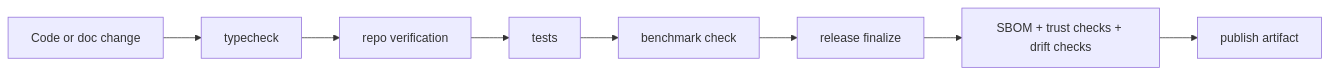
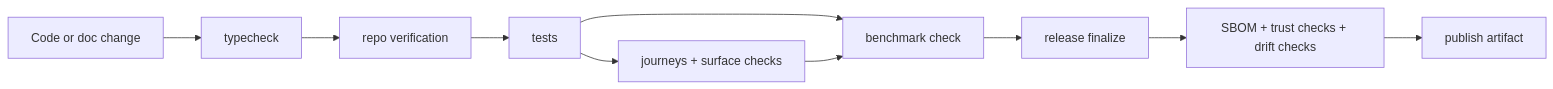
The diagram in knowledge-base/workflows/release-and-quality-loop.md (XoAnonXo/pandora-cli-skills), drawn with Mermaid before and after one commit. The commit also changed other lines of this file and 8 other files, not shown here.

````diff
--- a/knowledge-base/workflows/release-and-quality-loop.md
+++ b/knowledge-base/workflows/release-and-quality-loop.md
@@ -30,10 +32,12 @@
 ```mermaid
 flowchart LR
   Change["Code or doc change"] --> Typecheck["typecheck"]
   Typecheck --> RepoVerify["repo verification"]
   RepoVerify --> TestVerify["tests"]
   TestVerify --> Bench["benchmark check"]
+  TestVerify --> Journeys["journeys + surface checks"]
+  Journeys --> Bench["benchmark check"]
   Bench --> Finalize["release finalize"]
   Finalize --> Trust["SBOM + trust checks + drift checks"]
   Trust --> Publish["publish artifact"]
 ```
````
